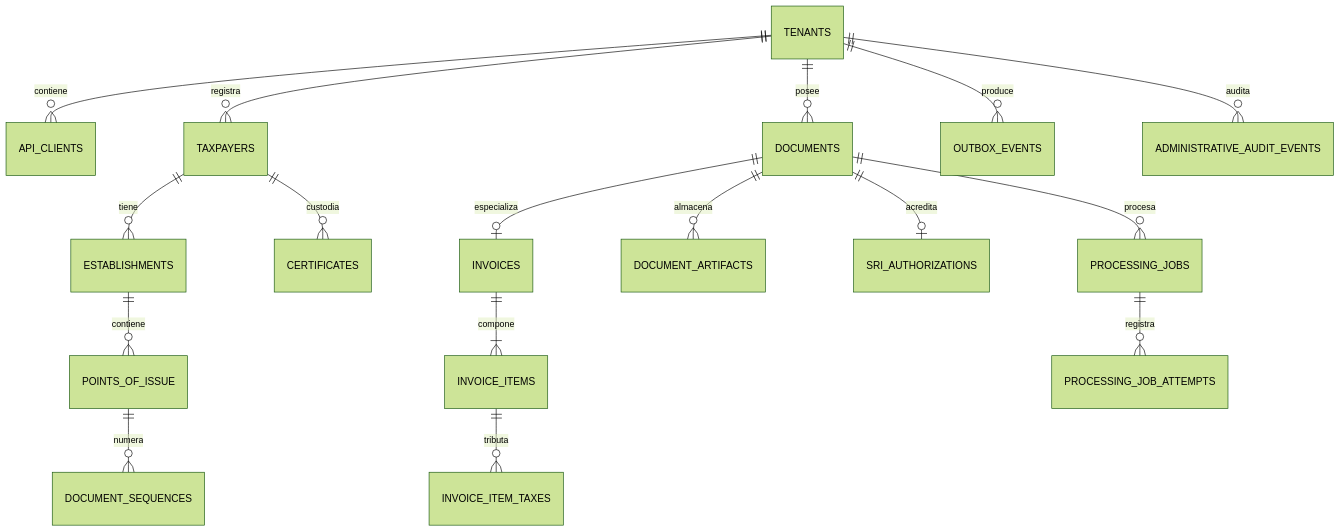
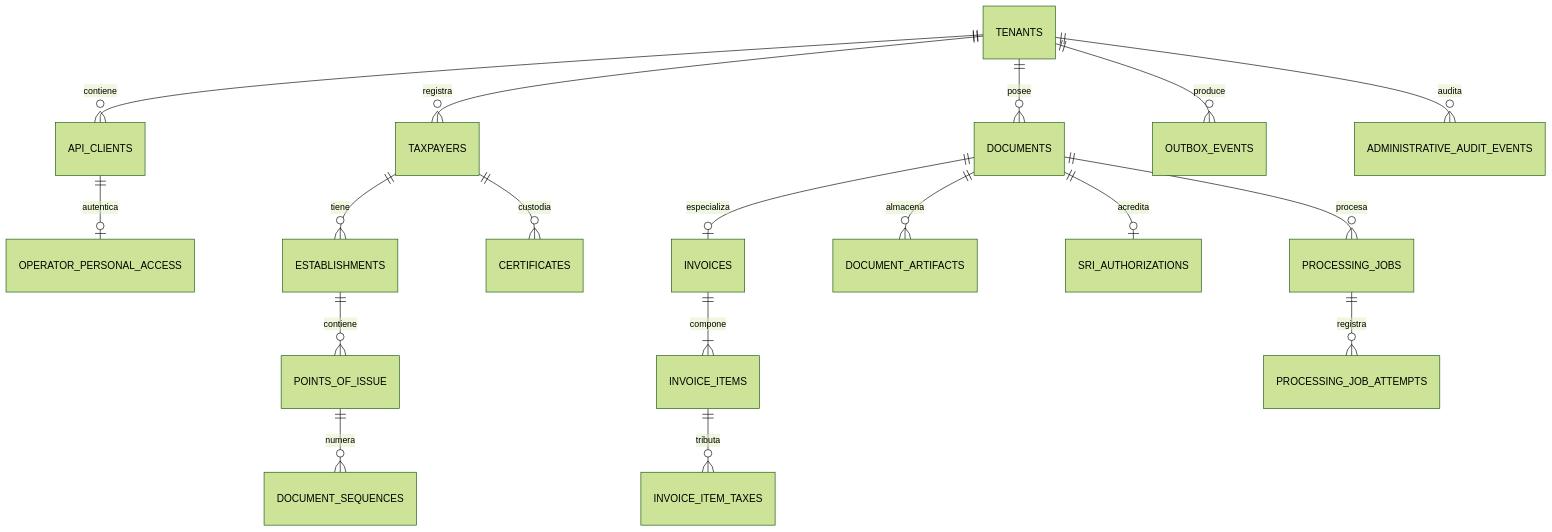
Before and after one commit to ImEcuadorian/emitta: the diagram in docs/academic/RA3-modelo-contrato.md, drawn with Mermaid (forest theme). The commit also changed other lines of this file and 43 other files, not shown here.

```diff
--- a/docs/academic/RA3-modelo-contrato.md
+++ b/docs/academic/RA3-modelo-contrato.md
@@ -37,19 +40,20 @@
 ~~~mermaid
 erDiagram
   TENANTS ||--o{ API_CLIENTS : contiene
+  API_CLIENTS ||--o| OPERATOR_PERSONAL_ACCESS : autentica
   TENANTS ||--o{ TAXPAYERS : registra
   TENANTS ||--o{ DOCUMENTS : posee
   TENANTS ||--o{ OUTBOX_EVENTS : produce
   TAXPAYERS ||--o{ ESTABLISHMENTS : tiene
   TAXPAYERS ||--o{ CERTIFICATES : custodia
   ESTABLISHMENTS ||--o{ POINTS_OF_ISSUE : contiene
   POINTS_OF_ISSUE ||--o{ DOCUMENT_SEQUENCES : numera
   DOCUMENTS ||--o| INVOICES : especializa
   INVOICES ||--|{ INVOICE_ITEMS : compone
   INVOICE_ITEMS ||--o{ INVOICE_ITEM_TAXES : tributa
   DOCUMENTS ||--o{ DOCUMENT_ARTIFACTS : almacena
   DOCUMENTS ||--o| SRI_AUTHORIZATIONS : acredita
   DOCUMENTS ||--o{ PROCESSING_JOBS : procesa
   PROCESSING_JOBS ||--o{ PROCESSING_JOB_ATTEMPTS : registra
   TENANTS ||--o{ ADMINISTRATIVE_AUDIT_EVENTS : audita
 ~~~
```
